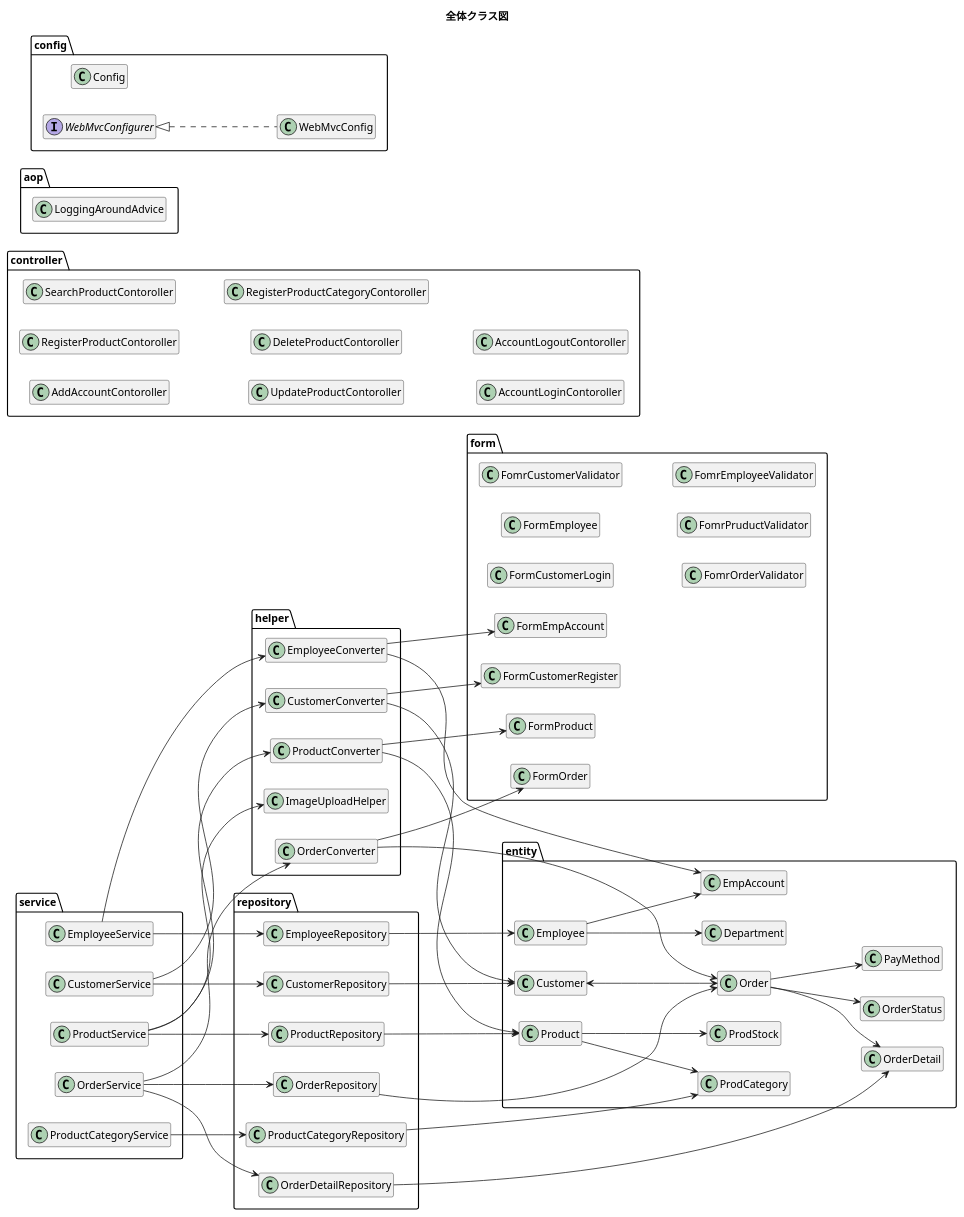
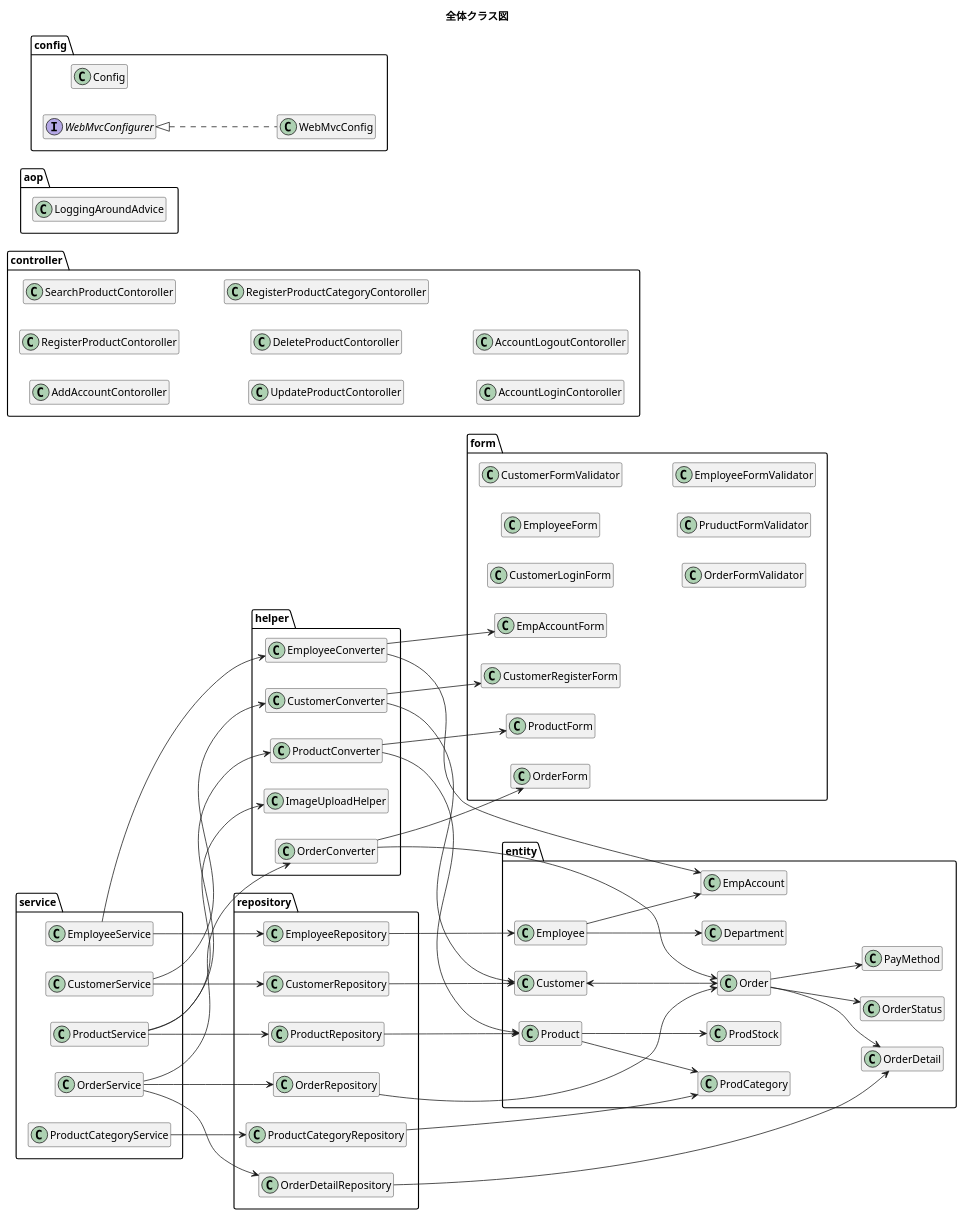
The diagram in plan/uml/class/all.plantuml (kanavii3333/ec-b), drawn with PlantUML before and after one commit. The commit also changed 2 other files, not shown here.

Commit message:
クラス図　クラス名の修正

```diff
--- a/plan/uml/class/all.plantuml
+++ b/plan/uml/class/all.plantuml
@@ -1,197 +1,197 @@
 @startuml
 title 全体クラス図
 hide empty members
 left to right direction
 
 package entity{
     class Customer{
     }
 
     class Order{
     }
 
     class OrderDetail{
     }
 
     class OrderStatus{
     }
     
     class PayMethod{
     }
 
     class Product{
     }
 
     class ProdCategory{
     }
 
     class ProdStock{
     }
 
     class Employee{
     }
 
     class Department{
     }
 
     class EmpAccount{
     }
 }
 
 Customer <--> Order
 Order --> OrderStatus
 Order --> OrderDetail
 Order --> PayMethod
 Product --> ProdStock
 Product --> ProdCategory
 Employee --> EmpAccount
 Employee --> Department
 
 package form{
-    class FormCustomerLogin{
+    class CustomerLoginForm{
     }
     
-    class FormCustomerRegister{
+    class CustomerRegisterForm{
     }
 
-    class FormOrder{
+    class OrderForm{
     }
 
-    class FormProduct{
+    class ProductForm{
     }
 
-    class FormEmployee{
+    class EmployeeForm{
     }
     
-    class FormEmpAccount{
+    class EmpAccountForm{
     }
     
-    class FomrCustomerValidator{
+    class CustomerFormValidator{
     }
     
-    class FomrOrderValidator{
+    class OrderFormValidator{
     }
     
-    class FomrPruductValidator{
+    class PruductFormValidator{
     }
     
-    class FomrEmployeeValidator{
+    class EmployeeFormValidator{
     }
 }
 
 package helper{
     class CustomerConverter{
     }
 
     class OrderConverter{
     }
 
     class ProductConverter{
     }
 
     class EmployeeConverter{
     }
     
     class ImageUploadHelper{
     }
 }
 CustomerConverter --> Customer
-CustomerConverter --> FormCustomerRegister
+CustomerConverter --> CustomerRegisterForm
 OrderConverter --> Order
-OrderConverter --> FormOrder
+OrderConverter --> OrderForm
 ProductConverter --> Product
-ProductConverter --> FormProduct
+ProductConverter --> ProductForm
 EmployeeConverter --> EmpAccount
-EmployeeConverter --> FormEmpAccount
+EmployeeConverter --> EmpAccountForm
 
 package repository{
     class CustomerRepository{
     }
 
     class OrderRepository{
     }
 
     class ProductRepository{
     }
 
     class EmployeeRepository{
     }
 
     class ProductCategoryRepository{
     }
 
     class OrderDetailRepository{
     }
 }
 
 package service{
     class CustomerService{
     }
     
     class OrderService{
     }
     
     class ProductService{
     }
 
     class EmployeeService{
     }
     
     class ProductCategoryService{
     }
 }
 
 CustomerService --> CustomerConverter
 OrderService --> OrderConverter
 ProductService --> ProductConverter
 ProductService --> ImageUploadHelper
 EmployeeService --> EmployeeConverter
 
 CustomerService --> CustomerRepository
 OrderService --> OrderRepository
 OrderService --> OrderDetailRepository
 ProductService --> ProductRepository
 EmployeeService --> EmployeeRepository
 ProductCategoryService --> ProductCategoryRepository
 
 CustomerRepository --> Customer
 OrderRepository --> Order
 OrderDetailRepository --> OrderDetail
 ProductRepository --> Product
 EmployeeRepository --> Employee
 ProductCategoryRepository --> ProdCategory
 
 
 package controller{
     class AddAccountContoroller{
     }
     class RegisterProductContoroller{
     }
     class SearchProductContoroller{
     }
     class SearchProductContoroller{
     }
     class UpdateProductContoroller{
     }
     class DeleteProductContoroller{
     }
     class RegisterProductCategoryContoroller{
     }
     class AccountLoginContoroller{
     }
     class  AccountLogoutContoroller{
     }
 }
 
 package aop{
    class LoggingAroundAdvice {
    }
 }
 
 package config{
     class Config{
     }
     class WebMvcConfig implements WebMvcConfigurer {
     }
 }
 @enduml
```
